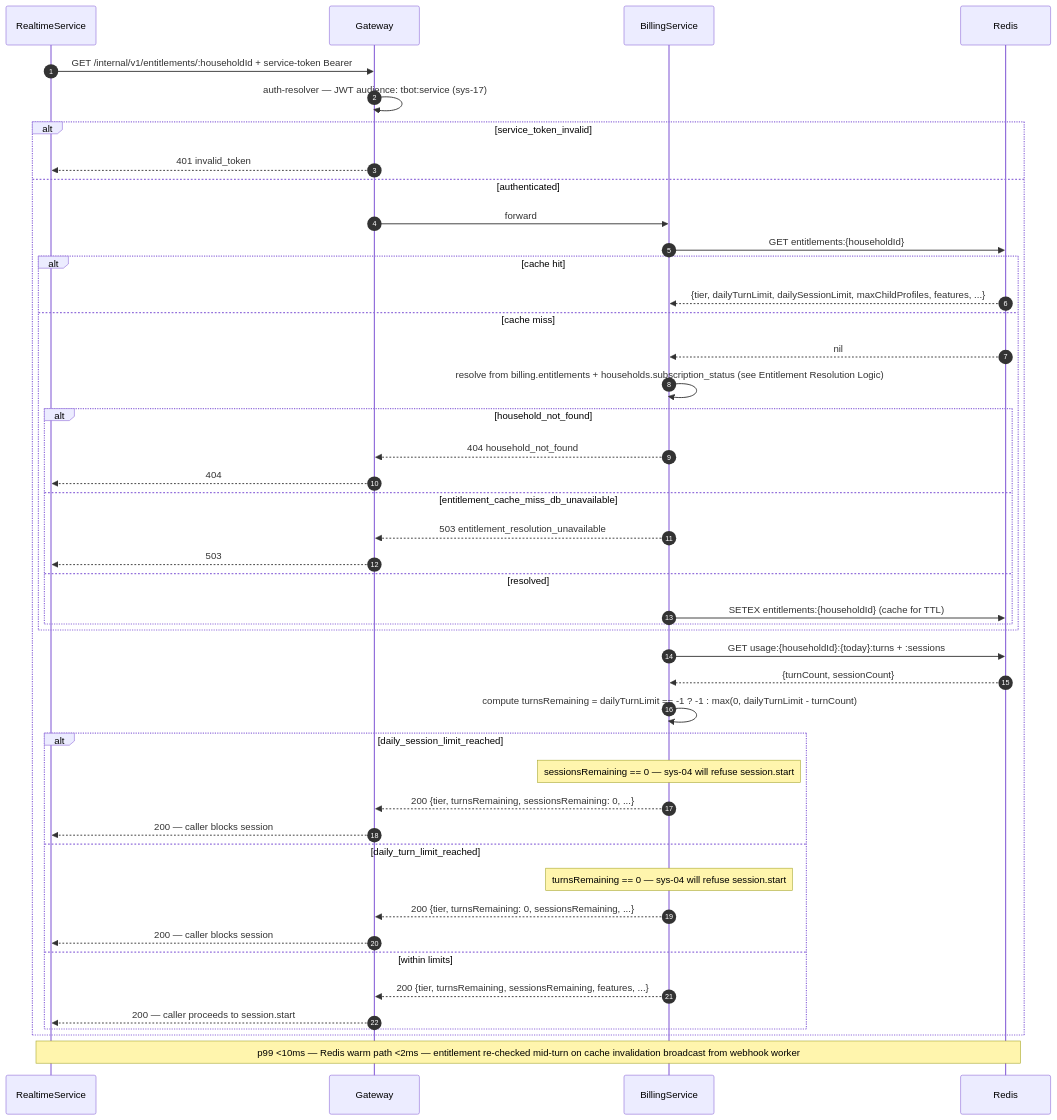
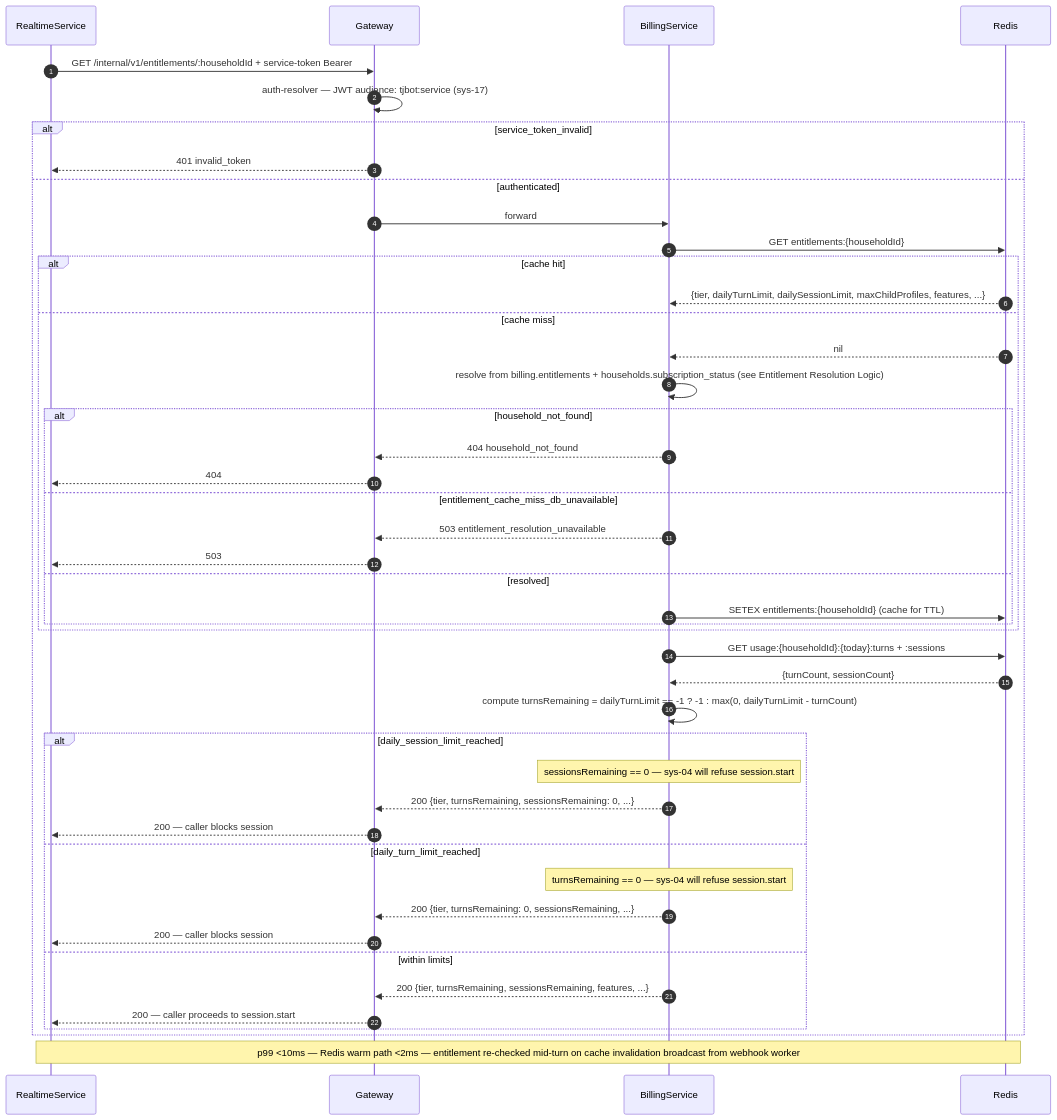
One commit to JSR-Algo/TJBOT-Mobile changed the diagram in migrate-ui-ux-to-mobile-app-docs/sequences/19-billing/entitlement-check-session-start.sequence.mmd. Above: the diagram before and after it, drawn with Mermaid. The commit also changed 312 other files, not shown here.

Commit message:
WIP: mobile UX learning flow — screens, machines, docs, native modules

```diff
--- a/migrate-ui-ux-to-mobile-app-docs/sequences/19-billing/entitlement-check-session-start.sequence.mmd
+++ b/migrate-ui-ux-to-mobile-app-docs/sequences/19-billing/entitlement-check-session-start.sequence.mmd
@@ -1,69 +1,69 @@
 ---
 system: sys-19-billing-subscription
 flow_id: entitlement-check-session-start
 surface: internal-RPC
 spec_anchor: /software/systems/19-billing-subscription#internal-entitlement-endpoint
 actors: [RealtimeService, Gateway, BillingService, Redis]
 apis:
   - GET /internal/v1/entitlements/:householdId
 externals: []
 queues: []
 failure_paths:
   - household_not_found
   - entitlement_cache_miss_db_unavailable
   - daily_turn_limit_reached
   - daily_session_limit_reached
   - service_token_invalid
 idempotency: read-only endpoint — safe to call repeatedly; Redis cache key entitlements:{householdId} authoritative within TTL
 retry: caller-side single retry on 5xx with 100ms backoff — must NOT block session-start beyond 50ms total (p99 budget 10ms cold, <2ms warm cache)
 timeout: p99 <10ms (critical path — sys-04 calls before every session.start)
 status: final
 ---
-%% HAND-CURATED. Entitlement read on the session-start critical path. Service-token JWT (audience tbot:service). When turnsRemaining/sessionsRemaining == 0, sys-04 refuses session.start.
+%% HAND-CURATED. Entitlement read on the session-start critical path. Service-token JWT (audience tjbot:service). When turnsRemaining/sessionsRemaining == 0, sys-04 refuses session.start.
 sequenceDiagram
     autonumber
     participant RealtimeService
     participant Gateway
     participant BillingService
     participant Redis
 
     RealtimeService->>Gateway: GET /internal/v1/entitlements/:householdId + service-token Bearer
-    Gateway->>Gateway: auth-resolver — JWT audience: tbot:service (sys-17)
+    Gateway->>Gateway: auth-resolver — JWT audience: tjbot:service (sys-17)
     alt service_token_invalid
         Gateway-->>RealtimeService: 401 invalid_token
     else authenticated
         Gateway->>BillingService: forward
         BillingService->>Redis: GET entitlements:{householdId}
         alt cache hit
             Redis-->>BillingService: {tier, dailyTurnLimit, dailySessionLimit, maxChildProfiles, features, ...}
         else cache miss
             Redis-->>BillingService: nil
             BillingService->>BillingService: resolve from billing.entitlements + households.subscription_status (see Entitlement Resolution Logic)
             alt household_not_found
                 BillingService-->>Gateway: 404 household_not_found
                 Gateway-->>RealtimeService: 404
             else entitlement_cache_miss_db_unavailable
                 BillingService-->>Gateway: 503 entitlement_resolution_unavailable
                 Gateway-->>RealtimeService: 503
             else resolved
                 BillingService->>Redis: SETEX entitlements:{householdId} (cache for TTL)
             end
         end
         BillingService->>Redis: GET usage:{householdId}:{today}:turns + :sessions
         Redis-->>BillingService: {turnCount, sessionCount}
         BillingService->>BillingService: compute turnsRemaining = dailyTurnLimit == -1 ? -1 : max(0, dailyTurnLimit - turnCount)
         alt daily_session_limit_reached
             Note over BillingService: sessionsRemaining == 0 — sys-04 will refuse session.start
             BillingService-->>Gateway: 200 {tier, turnsRemaining, sessionsRemaining: 0, ...}
             Gateway-->>RealtimeService: 200 — caller blocks session
         else daily_turn_limit_reached
             Note over BillingService: turnsRemaining == 0 — sys-04 will refuse session.start
             BillingService-->>Gateway: 200 {tier, turnsRemaining: 0, sessionsRemaining, ...}
             Gateway-->>RealtimeService: 200 — caller blocks session
         else within limits
             BillingService-->>Gateway: 200 {tier, turnsRemaining, sessionsRemaining, features, ...}
             Gateway-->>RealtimeService: 200 — caller proceeds to session.start
         end
     end
 
     Note over RealtimeService,Redis: p99 <10ms — Redis warm path <2ms — entitlement re-checked mid-turn on cache invalidation broadcast from webhook worker
```
